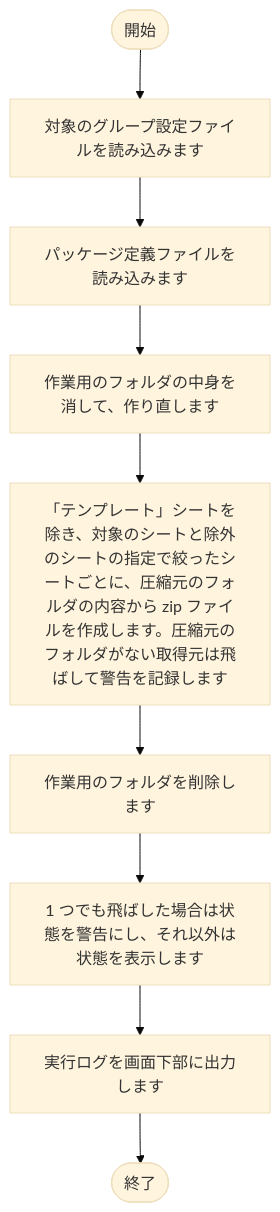
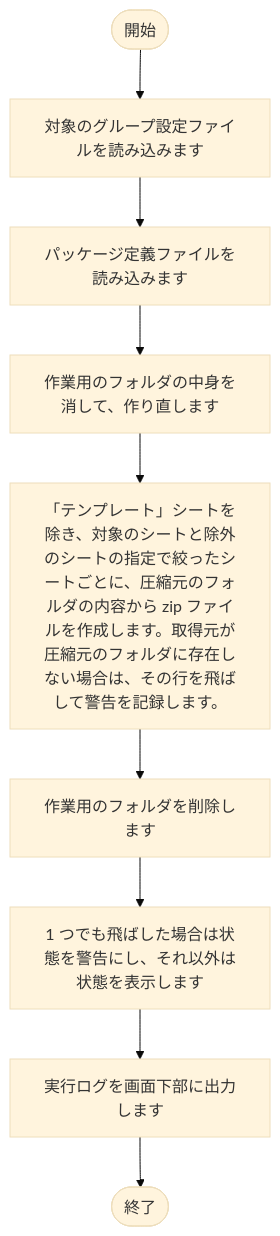
The second of 13 diagrams in tool/package-generator/doc/02_設計/処理フロー.md (nishida2073/project_management), drawn with Mermaid (base theme) before and after one commit. The commit also changed other lines of this file and 4 other files, not shown here.

````diff
--- a/tool/package-generator/doc/02_設計/処理フロー.md
+++ b/tool/package-generator/doc/02_設計/処理フロー.md
@@ -71,20 +71,20 @@
 ```mermaid
 flowchart TD
     S(["開始"])
     E(["終了"])
     N1["対象のグループ設定ファイルを読み込みます"]
     S --> N1
     N2["パッケージ定義ファイルを読み込みます"]
     N1 --> N2
     N3["作業用のフォルダの中身を消して、作り直します"]
     N2 --> N3
-    N4["「テンプレート」シートを除き、対象のシートと除外のシートの指定で絞ったシートごとに、圧縮元のフォルダの内容から zip ファイルを作成します。圧縮元のフォルダがない取得元は飛ばして警告を記録します"]
+    N4["「テンプレート」シートを除き、対象のシートと除外のシートの指定で絞ったシートごとに、圧縮元のフォルダの内容から zip ファイルを作成します。取得元が圧縮元のフォルダに存在しない場合は、その行を飛ばして警告を記録します。"]
     N3 --> N4
     N5["作業用のフォルダを削除します"]
     N4 --> N5
     N6["1 つでも飛ばした場合は状態を警告にし、それ以外は状態を表示します"]
     N5 --> N6
     N7["実行ログを画面下部に出力します"]
     N6 --> N7
     N7 --> E
 ```
````
